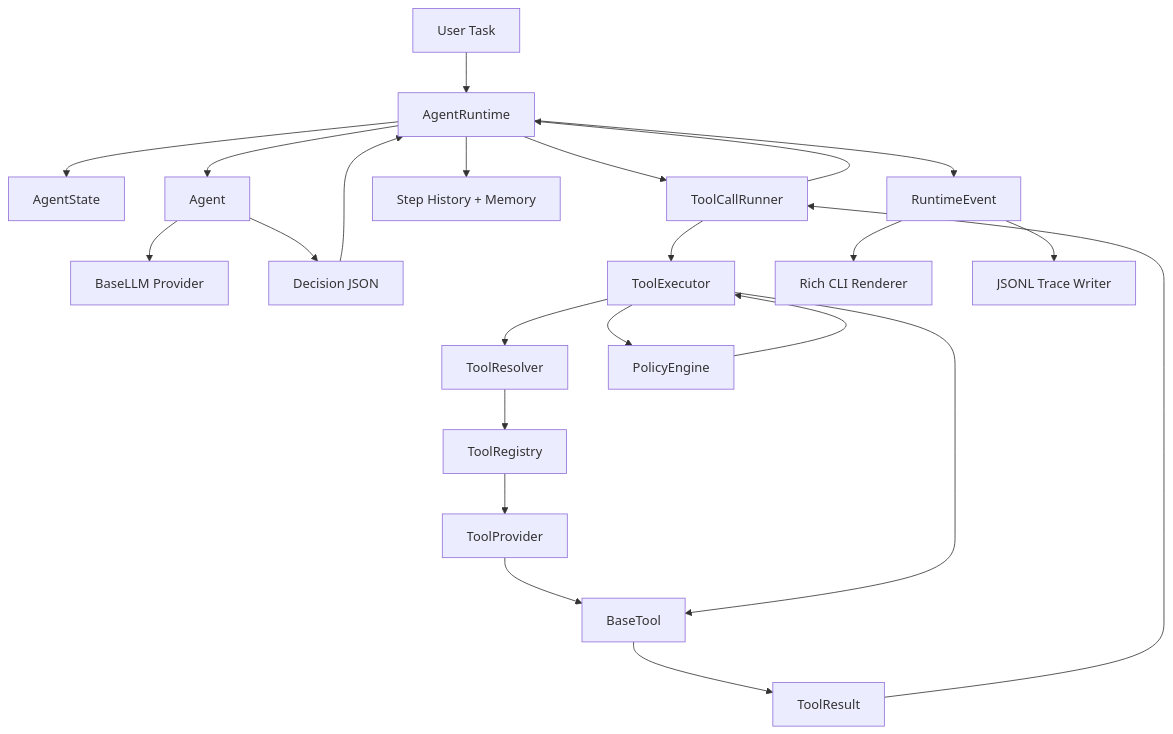
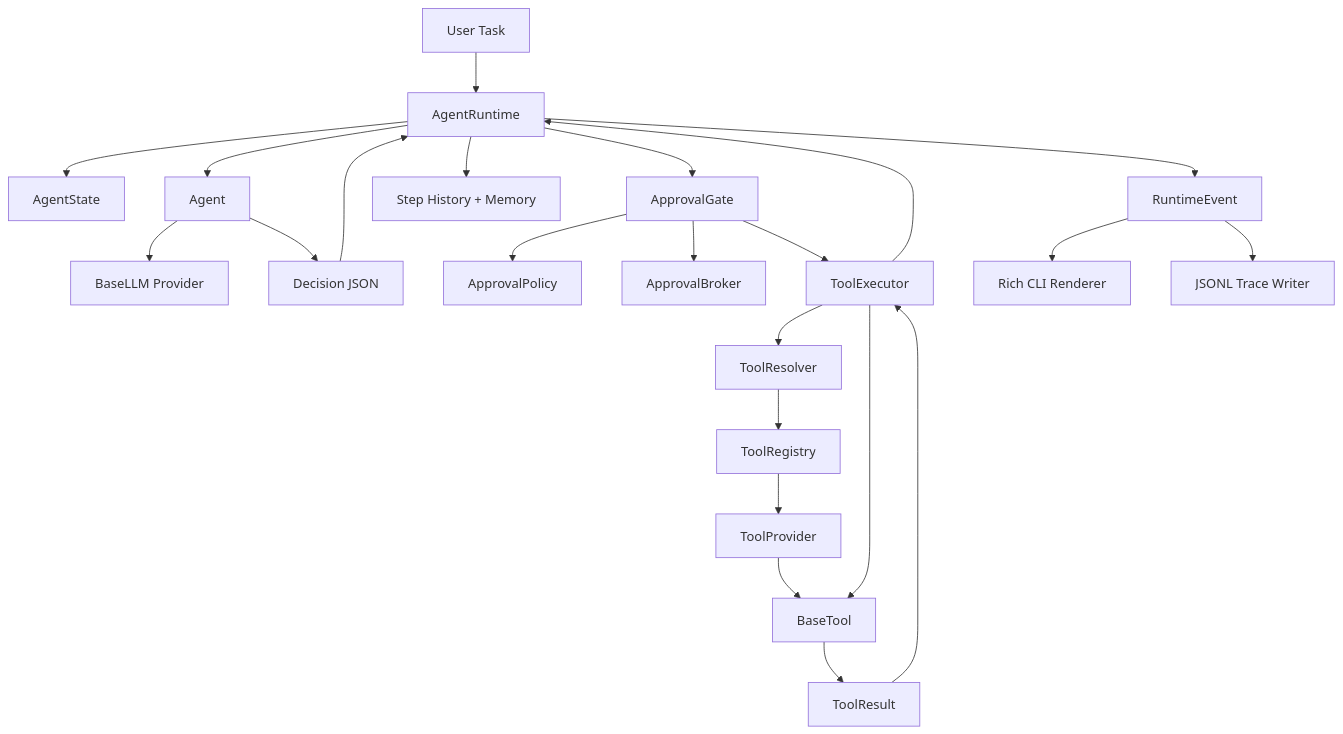
The first of 2 diagrams in docs/ARCHITECTURE.md (Dabuliule/codecraft), drawn with Mermaid before and after one commit. The commit also changed other lines of this file and 20 other files, not shown here.

Commit message:
refactor: restructure approval gate

````diff
--- a/docs/ARCHITECTURE.md
+++ b/docs/ARCHITECTURE.md
@@ -19,25 +19,25 @@
 ```mermaid
 flowchart TD
     UserTask[User Task] --> Runtime[AgentRuntime]
     Runtime --> State[AgentState]
     Runtime --> Agent[Agent]
     Agent --> LLM[BaseLLM Provider]
     Agent --> Decision[Decision JSON]
     Decision --> Runtime
-    Runtime --> ToolExecution[ToolCallRunner]
-    ToolExecution --> ToolExecutor[ToolExecutor]
+    Runtime --> ApprovalGate[ApprovalGate]
+    ApprovalGate --> ApprovalPolicy[ApprovalPolicy]
+    ApprovalGate --> ApprovalBroker[ApprovalBroker]
+    ApprovalGate --> ToolExecutor[ToolExecutor]
     ToolExecutor --> Resolver[ToolResolver]
     Resolver --> Registry[ToolRegistry]
     Registry --> Provider[ToolProvider]
     Provider --> Tool[BaseTool]
-    ToolExecutor --> Policy[PolicyEngine]
-    Policy --> ToolExecutor
     ToolExecutor --> Tool
     Tool --> Result[ToolResult]
-    Result --> ToolExecution
-    ToolExecution --> Runtime
+    Result --> ToolExecutor
+    ToolExecutor --> Runtime
     Runtime --> Step[Step History + Memory]
     Runtime --> Events[RuntimeEvent]
     Events --> CLI[Rich CLI Renderer]
     Events --> Trace[JSONL Trace Writer]
 ```
````
